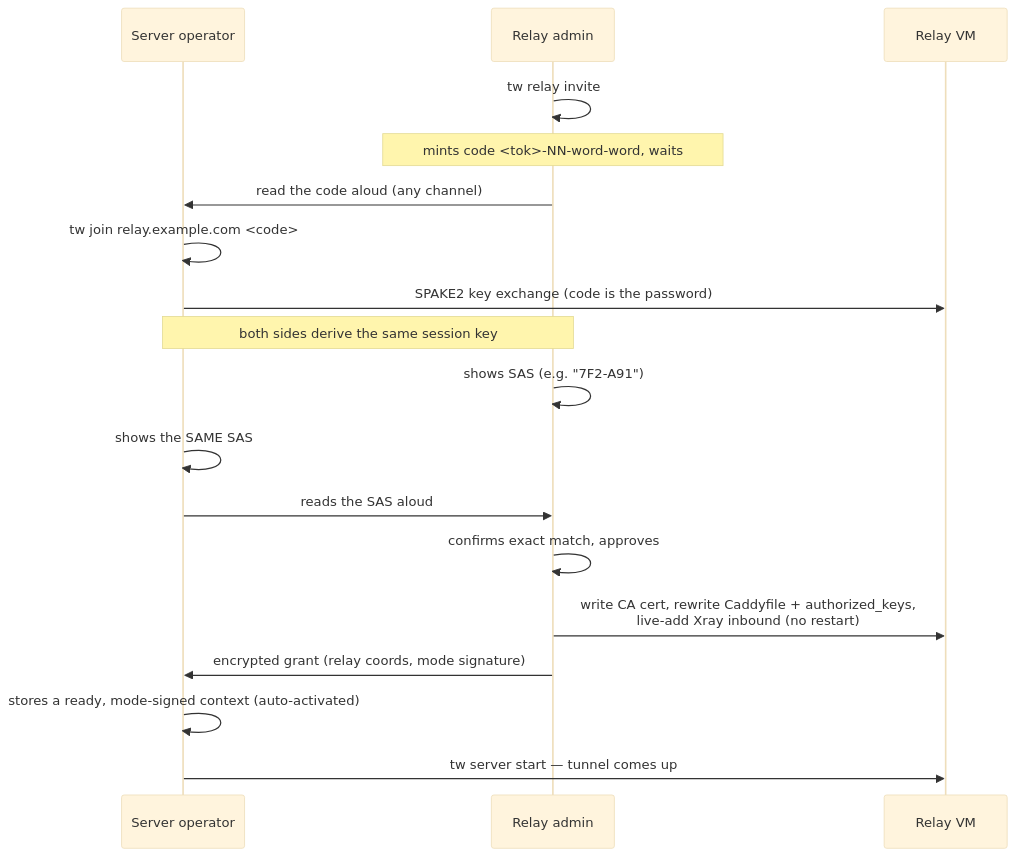
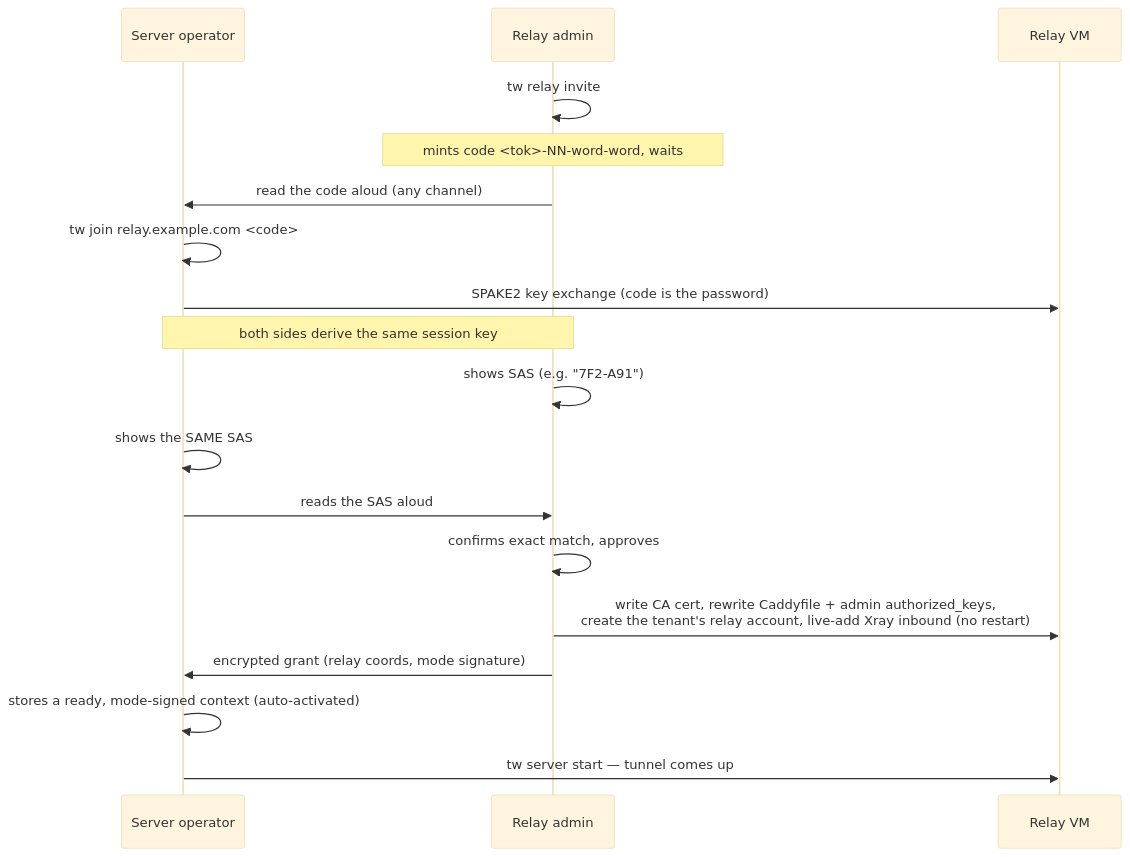
Before and after one commit to Tunnel-Whisperer/Tunnel-Whisperer: the diagram in docs/relay/tenants.md, drawn with Mermaid (base theme). The commit also changed other lines of this file and 96 other files, not shown here.

````diff
--- a/docs/relay/tenants.md
+++ b/docs/relay/tenants.md
@@ -21,21 +21,21 @@
 ```mermaid
 sequenceDiagram
     participant S as Server operator
     participant A as Relay admin
     participant R as Relay VM
 
     A->>A: tw relay invite
     Note over A: mints code #lt;tok#gt;-NN-word-word, waits
     A->>S: read the code aloud (any channel)
     S->>S: tw join relay.example.com #lt;code#gt;
     S->>R: SPAKE2 key exchange (code is the password)
     Note over S,A: both sides derive the same session key
     A->>A: shows SAS (e.g. "7F2-A91")
     S->>S: shows the SAME SAS
     S->>A: reads the SAS aloud
     A->>A: confirms exact match, approves
-    A->>R: write CA cert, rewrite Caddyfile + authorized_keys,<br/>live-add Xray inbound (no restart)
+    A->>R: write CA cert, rewrite Caddyfile + admin authorized_keys,<br/>create the tenant's relay account, live-add Xray inbound (no restart)
     A->>S: encrypted grant (relay coords, mode signature)
     S->>S: stores a ready, mode-signed context (auto-activated)
     S->>R: tw server start — tunnel comes up
 ```
````
